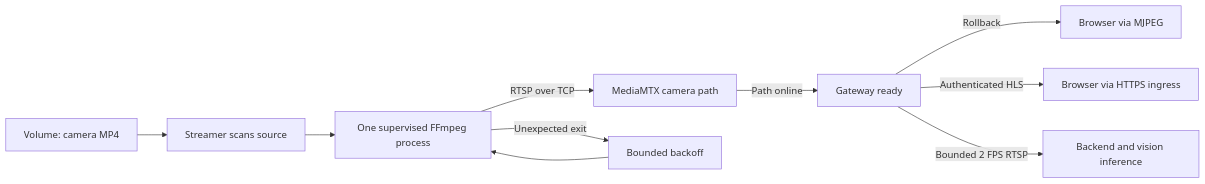
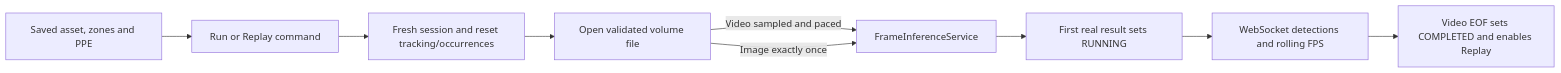
One commit to NguyenNhat4/Sentiel-safety-intelligent changed the third of 4 diagrams in ARCHITECTURE.md. Above: the diagram before and after it, drawn with Mermaid. The commit also changed other lines of this file and 134 other files, not shown here.

````diff
--- a/ARCHITECTURE.md
+++ b/ARCHITECTURE.md
@@ -100,12 +92,11 @@
 ```mermaid
 flowchart LR
-    video["Volume: camera MP4"] --> scan[Streamer scans source]
-    scan --> supervisor[One supervised FFmpeg process]
-    supervisor -->|RTSP over TCP| mediaPath[MediaMTX camera path]
-    mediaPath -->|Path online| ready[Gateway ready]
-    ready -->|Rollback| mjpeg[Browser via MJPEG]
-    ready -->|Authenticated HLS| hls[Browser via HTTPS ingress]
-    ready -->|Bounded 2 FPS RTSP| inference[Backend and vision inference]
-    supervisor -->|Unexpected exit| backoff[Bounded backoff]
-    backoff --> supervisor
+    config[Saved asset, zones and PPE] --> run[Run or Replay command]
+    run --> reset[Fresh session and reset tracking/occurrences]
+    reset --> source[Open validated volume file]
+    source -->|Video sampled and paced| inference[FrameInferenceService]
+    source -->|Image exactly once| inference
+    inference --> first[First real result sets RUNNING]
+    first --> ws[WebSocket detections and rolling FPS]
+    ws --> eof[Video EOF sets COMPLETED and enables Replay]
 ```
````
